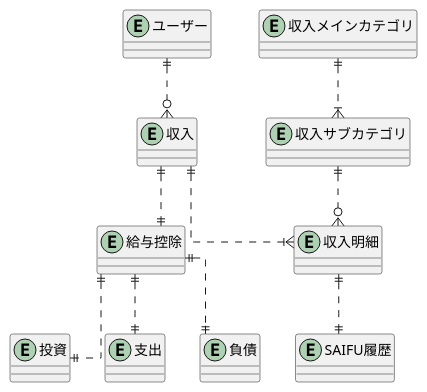
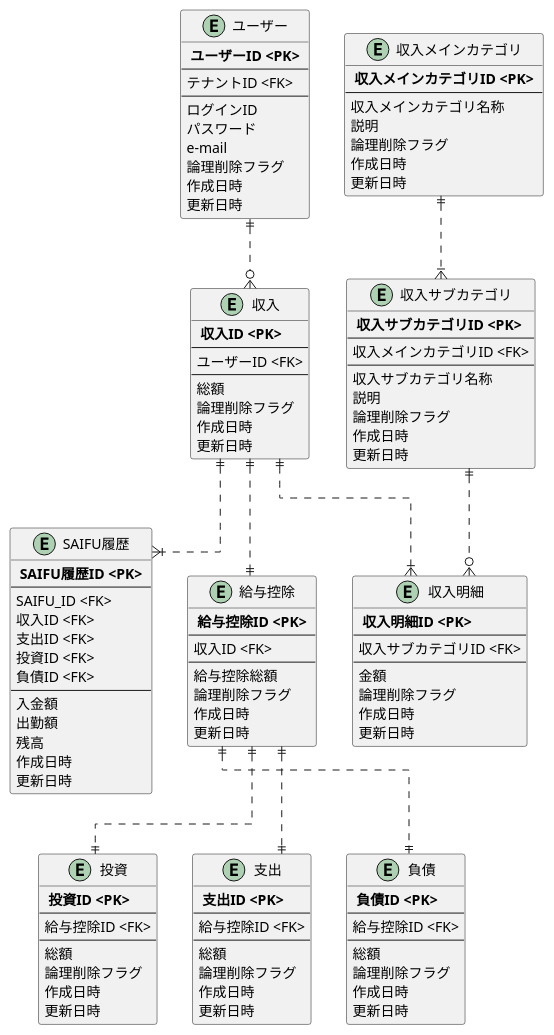
Before and after one commit to JojiKoike/saifu-docs: the diagram in design/ER_Logical_Income.wsd, drawn with PlantUML.

Commit message:
Incomeの論理設計

```diff
--- a/design/ER_Logical_Income.wsd
+++ b/design/ER_Logical_Income.wsd
@@ -1,48 +1,135 @@
 @startuml ER_Concept
 skinparam linetype ortho
 
 ' Entity
 entity "ユーザー" as user {
+  ** ユーザーID <PK> **
+  --
+  テナントID <FK>
+  --
+  ログインID
+  パスワード
+  e-mail
+  論理削除フラグ
+  作成日時
+  更新日時
 }
 
 entity "SAIFU履歴" as saifuHistory {
+  ** SAIFU履歴ID <PK> **
+  --
+  SAIFU_ID <FK>
+  収入ID <FK>
+  支出ID <FK>
+  投資ID <FK>
+  負債ID <FK>
+  --
+  入金額
+  出勤額
+  残高
+  作成日時
+  更新日時
 }
 
 entity "収入" as income {
+  ** 収入ID <PK> **
+  --
+  ユーザーID <FK>
+  --
+  総額
+  論理削除フラグ
+  作成日時
+  更新日時
 }
 
 entity "収入明細" as incomeDetail {
+  ** 収入明細ID <PK> **
+  --
+  収入サブカテゴリID <FK>
+  --
+  金額
+  論理削除フラグ
+  作成日時
+  更新日時
 }
 
 entity "収入メインカテゴリ" as incomeCategoryMain {
+  ** 収入メインカテゴリID <PK> **
+  --
+  収入メインカテゴリ名称
+  説明
+  論理削除フラグ
+  作成日時
+  更新日時
 }
 
 entity "収入サブカテゴリ" as incomeCategorySub {
+  ** 収入サブカテゴリID <PK> **
+  --
+  収入メインカテゴリID <FK>
+  --
+  収入サブカテゴリ名称
+  説明
+  論理削除フラグ
+  作成日時
+  更新日時
 }
 
 entity "給与控除" as salaryDeduction {
+  ** 給与控除ID <PK> **
+  --
+  収入ID <FK>
+  --
+  給与控除総額
+  論理削除フラグ
+  作成日時
+  更新日時
 }
 
 entity "投資" as investment {
+  ** 投資ID <PK> **
+  --
+  給与控除ID <FK>
+  --
+  総額
+  論理削除フラグ
+  作成日時
+  更新日時
 }
 
 entity "支出" as expense {
+  ** 支出ID <PK> **
+  --
+  給与控除ID <FK>
+  --
+  総額
+  論理削除フラグ
+  作成日時
+  更新日時
 }
 
 entity "負債" as debt {
+  ** 負債ID <PK> **
+  --
+  給与控除ID <FK>
+  --
+  総額
+  論理削除フラグ
+  作成日時
+  更新日時
 }
 
 ' Relation
 
 ' Income
 incomeCategoryMain ||..|{incomeCategorySub
 incomeCategorySub ||..o{incomeDetail
 user ||..o{income
 income ||..|{incomeDetail
-incomeDetail ||..||saifuHistory
+income ||..|{saifuHistory
 income ||..||salaryDeduction
 salaryDeduction ||..||investment
 salaryDeduction ||..||expense
 salaryDeduction ||..||debt
 
 @enduml
```
